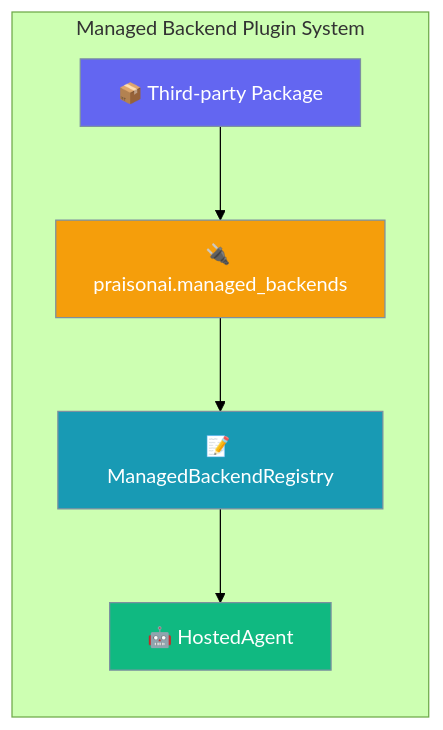
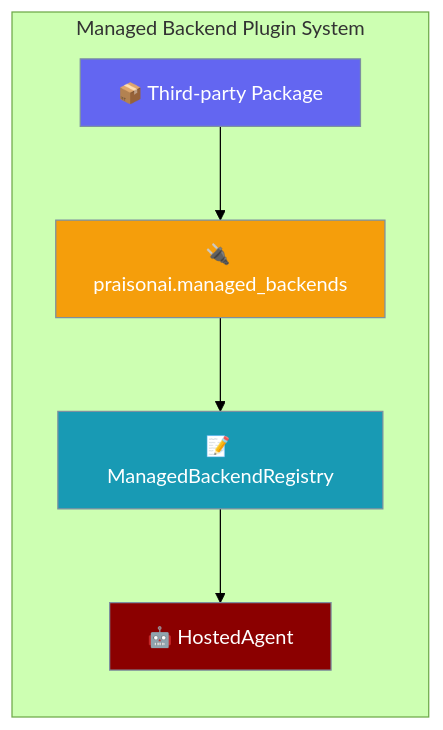
Before and after one commit to MervinPraison/PraisonAIDocs: the first of 2 diagrams in docs/features/managed-backend-plugins.mdx, drawn with Mermaid (forest theme). The commit also changed other lines of this file and 19 other files, not shown here.

````diff
--- a/docs/features/managed-backend-plugins.mdx
+++ b/docs/features/managed-backend-plugins.mdx
@@ -10,18 +24,18 @@
 ```mermaid
 graph LR
     subgraph "Managed Backend Plugin System"
         A[📦 Third-party Package] --> B[🔌 praisonai.managed_backends]
         B --> C[📝 ManagedBackendRegistry]
         C --> D[🤖 HostedAgent]
     end
 
     classDef package fill:#6366F1,stroke:#7C90A0,color:#fff
     classDef entrypoint fill:#F59E0B,stroke:#7C90A0,color:#fff
     classDef registry fill:#189AB4,stroke:#7C90A0,color:#fff
-    classDef agent fill:#10B981,stroke:#7C90A0,color:#fff
+    classDef agent fill:#8B0000,stroke:#7C90A0,color:#fff
 
     class A package
     class B entrypoint
     class C registry
     class D agent
 ```
````
